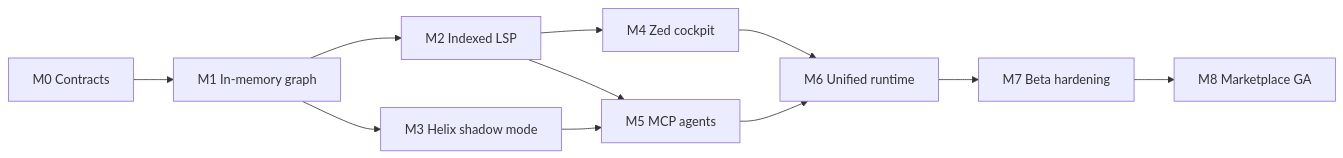
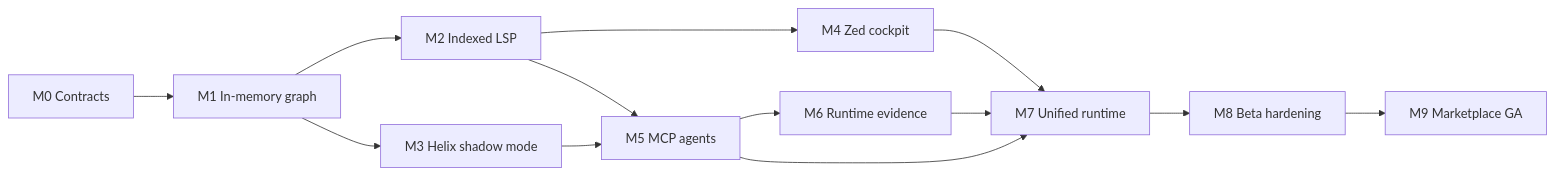
Before and after one commit to rusty-auth/rustowl-zed: the second of 2 diagrams in docs/ownership-cockpit-roadmap.md, drawn with Mermaid. The commit also changed other lines of this file and 3 other files, not shown here.

Commit message:
docs: define semantic and runtime evidence boundaries

````diff
--- a/docs/ownership-cockpit-roadmap.md
+++ b/docs/ownership-cockpit-roadmap.md
@@ -745,13 +851,15 @@
 ```mermaid
 flowchart LR
     M0["M0 Contracts"] --> M1["M1 In-memory graph"]
     M1 --> M2["M2 Indexed LSP"]
     M1 --> M3["M3 Helix shadow mode"]
     M2 --> M4["M4 Zed cockpit"]
     M3 --> M5["M5 MCP agents"]
     M2 --> M5
-    M4 --> M6["M6 Unified runtime"]
-    M5 --> M6
-    M6 --> M7["M7 Beta hardening"]
-    M7 --> M8["M8 Marketplace GA"]
+    M5 --> M6["M6 Runtime evidence"]
+    M4 --> M7["M7 Unified runtime"]
+    M5 --> M7
+    M6 --> M7
+    M7 --> M8["M8 Beta hardening"]
+    M8 --> M9["M9 Marketplace GA"]
 ```
````
